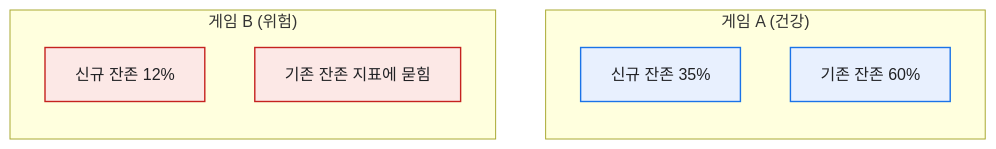
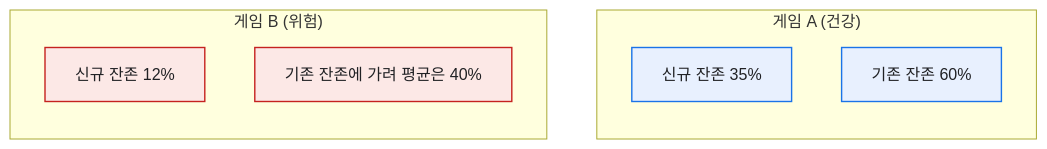
One commit to DBhyeong/DBhyeong.github.io changed the first of 3 diagrams in content/blog/cohort-m1-retention-sql.md. Above: the diagram before and after it, drawn with Mermaid. The commit also changed other lines of this file and 9 other files, not shown here.

````diff
--- a/content/blog/cohort-m1-retention-sql.md
+++ b/content/blog/cohort-m1-retention-sql.md
@@ -19,17 +19,17 @@
 ```mermaid
 flowchart TB
   classDef a fill:#e8f0fe,stroke:#1a73e8,stroke-width:1.4px,color:#202124
   classDef b fill:#fce8e6,stroke:#c5221f,stroke-width:1.4px,color:#202124
   subgraph G1 ["게임 A (건강)"]
     direction TB
     A1["신규 잔존 35%"]
     A2["기존 잔존 60%"]
   end
   subgraph G2 ["게임 B (위험)"]
     direction TB
     B1["신규 잔존 12%"]
-    B2["기존 잔존 지표에 묻힘"]
+    B2["기존 잔존에 가려 평균은 40%"]
   end
   class A1,A2 a
   class B1,B2 b
 ```
````
